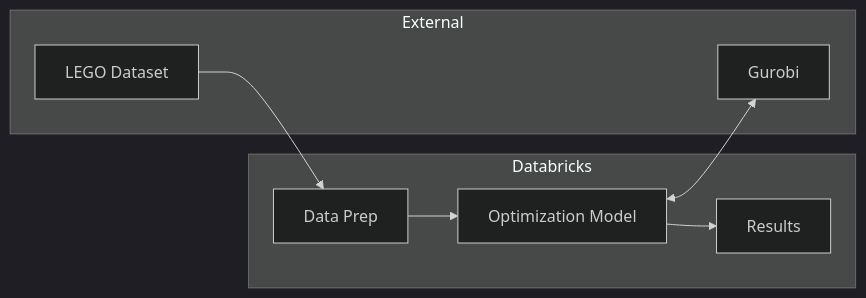
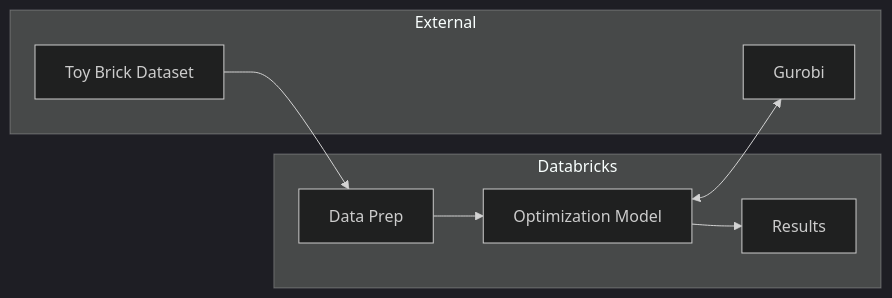
One commit to databricks-industry-solutions/Toy-Brick-Assortment changed the diagram in README.md. Above: the diagram before and after it, drawn with Mermaid (dark theme). The commit also changed other lines of this file, not shown here.

````diff
--- a/README.md
+++ b/README.md
@@ -18,19 +18,19 @@
 ```mermaid
 graph LR
-    A[LEGO Dataset] --> B[Data Prep]
+    A[Toy Brick Dataset] --> B[Data Prep]
     B --> C[Optimization Model]
     C --> D[Results]
     
     subgraph Databricks
         B
         C
         D
     end
 
     subgraph External
         A
         E[Gurobi]
     end
     
     C <--> E
 ```
````
